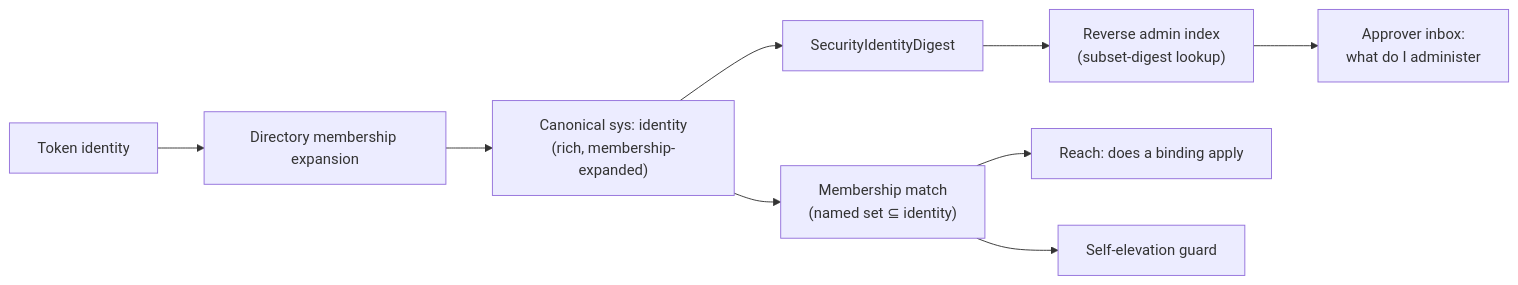
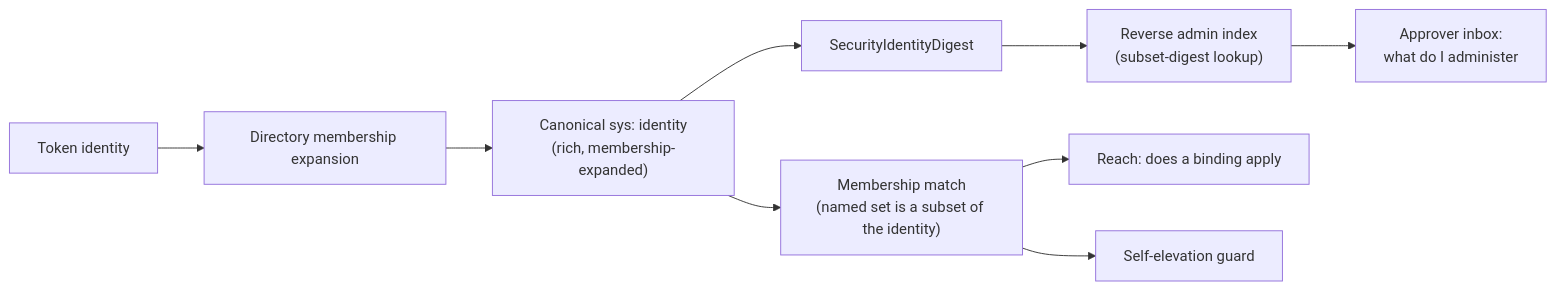
The second of 4 diagrams in docs/arazzo/guides/auth-and-authorization.md (corvus-dotnet/Corvus.JsonSchema), drawn with Mermaid before and after one commit. The commit also changed other lines of this file, not shown here.

First line of the commit message:
Docs campaign: harden the auth-guide mermaid diagrams for rendering

````diff
--- a/docs/arazzo/guides/auth-and-authorization.md
+++ b/docs/arazzo/guides/auth-and-authorization.md
@@ -110,11 +110,11 @@
 ```mermaid
 flowchart LR
     tok[Token identity] --> dir[Directory membership expansion]
     dir --> canon["Canonical sys: identity<br/>(rich, membership-expanded)"]
-    canon --> match["Membership match<br/>(named set ⊆ identity)"]
+    canon --> match["Membership match<br/>(named set is a subset of the identity)"]
     canon --> digest[SecurityIdentityDigest]
     digest --> rev["Reverse admin index<br/>(subset-digest lookup)"]
-    match --> reach[Reach: does a binding apply]
+    match --> reach["Reach: does a binding apply"]
     match --> selfelev[Self-elevation guard]
     rev --> inbox["Approver inbox:<br/>what do I administer"]
 ```
````
